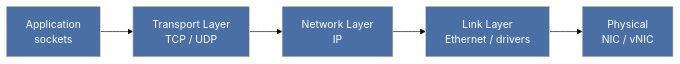
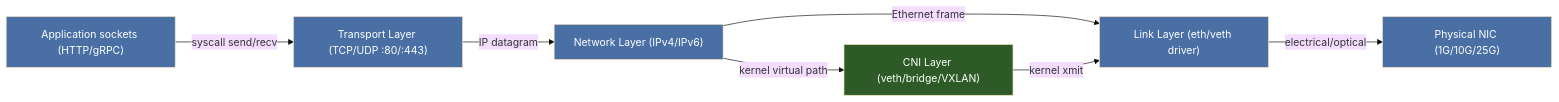
Before and after one commit to MykolaLebid/Kubernetes_networking_engineering: the first of 3 diagrams in lessons/01-linux-networking-fundamentals.md, drawn with Mermaid (base theme). The commit also changed other lines of this file and 35 other files, not shown here.

First line of the commit message:
Restructure all 34 lessons: Theory/Practice split, richer diagrams, industry examples, navigation

````diff
--- a/lessons/01-linux-networking-fundamentals.md
+++ b/lessons/01-linux-networking-fundamentals.md
@@ -27,13 +16,16 @@
 ```mermaid
 flowchart LR
-    A[Application\nsockets] --> B[Transport Layer\nTCP / UDP]
-    B --> C[Network Layer\nIP]
-    C --> D[Link Layer\nEthernet / drivers]
-    D --> E[Physical\nNIC / vNIC]
+    A["Application sockets (HTTP/gRPC)"] --"syscall send/recv"--> B["Transport Layer (TCP/UDP :80/:443)"]
+    B --"IP datagram"--> C["Network Layer (IPv4/IPv6)"]
+    C --"Ethernet frame"--> D["Link Layer (eth/veth driver)"]
+    D --"electrical/optical"--> E["Physical NIC (1G/10G/25G)"]
+    C --"kernel virtual path"--> F["CNI Layer (veth/bridge/VXLAN)"]
+    F --"kernel xmit"--> D
 
     style A fill:#4a6fa5,color:#fff
     style B fill:#4a6fa5,color:#fff
     style C fill:#4a6fa5,color:#fff
     style D fill:#4a6fa5,color:#fff
     style E fill:#4a6fa5,color:#fff
+    style F fill:#2d5a27,color:#fff
 ```
````
